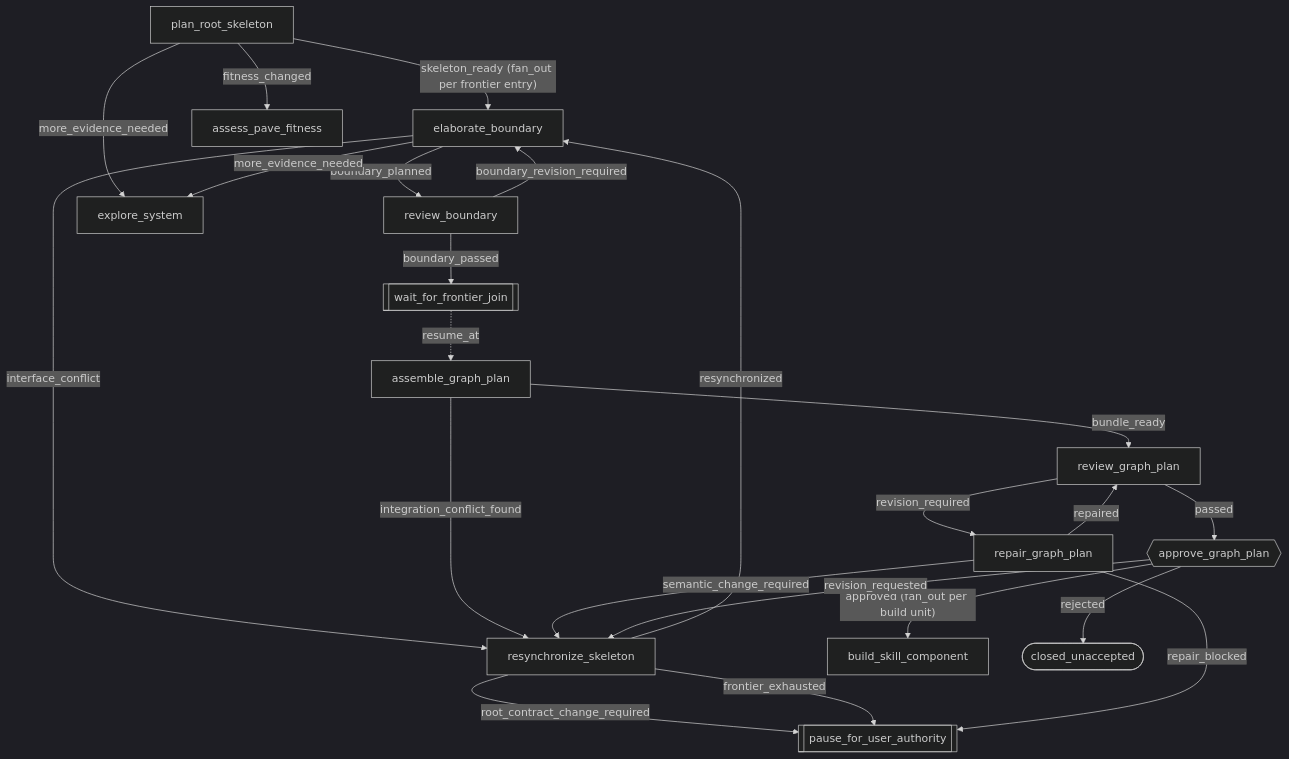
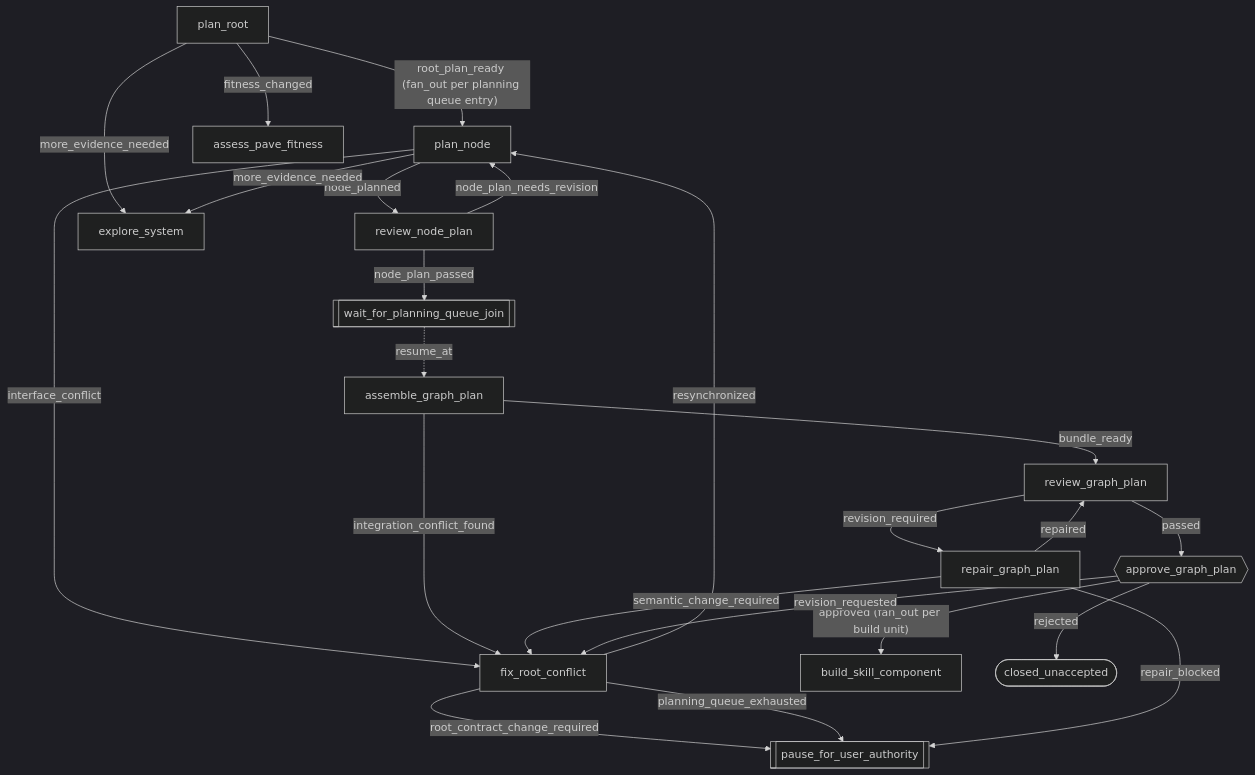
Before and after one commit to jinhuang12/pave: the third of 5 diagrams in skills/pave-init/README.md, drawn with Mermaid (dark theme). The commit also changed other lines of this file and 138 other files, not shown here.

````diff
--- a/skills/pave-init/README.md
+++ b/skills/pave-init/README.md
@@ -155,40 +155,40 @@
 ```mermaid
 flowchart TD
-  plan_root_skeleton[plan_root_skeleton]
-  elaborate_boundary[elaborate_boundary]
-  review_boundary[review_boundary]
-  resynchronize_skeleton[resynchronize_skeleton]
+  plan_root[plan_root]
+  plan_node[plan_node]
+  review_node_plan[review_node_plan]
+  fix_root_conflict[fix_root_conflict]
   assemble_graph_plan[assemble_graph_plan]
   review_graph_plan[review_graph_plan]
   repair_graph_plan[repair_graph_plan]
   approve_graph_plan{{approve_graph_plan}}
   explore_system[explore_system]
   assess_pave_fitness[assess_pave_fitness]
   build_skill_component[build_skill_component]
-  wait_for_frontier_join[[wait_for_frontier_join]]
+  wait_for_planning_queue_join[[wait_for_planning_queue_join]]
   pause_for_user_authority[[pause_for_user_authority]]
   closed_unaccepted([closed_unaccepted])
 
-  plan_root_skeleton -->|"skeleton_ready (fan_out per frontier entry)"| elaborate_boundary
-  plan_root_skeleton -->|more_evidence_needed| explore_system
-  plan_root_skeleton -->|fitness_changed| assess_pave_fitness
-  elaborate_boundary -->|boundary_planned| review_boundary
-  elaborate_boundary -->|interface_conflict| resynchronize_skeleton
-  elaborate_boundary -->|more_evidence_needed| explore_system
-  review_boundary -->|boundary_passed| wait_for_frontier_join
-  review_boundary -->|boundary_revision_required| elaborate_boundary
-  resynchronize_skeleton -->|resynchronized| elaborate_boundary
-  resynchronize_skeleton -->|root_contract_change_required| pause_for_user_authority
-  resynchronize_skeleton -->|frontier_exhausted| pause_for_user_authority
+  plan_root -->|"root_plan_ready (fan_out per planning queue entry)"| plan_node
+  plan_root -->|more_evidence_needed| explore_system
+  plan_root -->|fitness_changed| assess_pave_fitness
+  plan_node -->|node_planned| review_node_plan
+  plan_node -->|interface_conflict| fix_root_conflict
+  plan_node -->|more_evidence_needed| explore_system
+  review_node_plan -->|node_plan_passed| wait_for_planning_queue_join
+  review_node_plan -->|node_plan_needs_revision| plan_node
+  fix_root_conflict -->|resynchronized| plan_node
+  fix_root_conflict -->|root_contract_change_required| pause_for_user_authority
+  fix_root_conflict -->|planning_queue_exhausted| pause_for_user_authority
   assemble_graph_plan -->|bundle_ready| review_graph_plan
-  assemble_graph_plan -->|integration_conflict_found| resynchronize_skeleton
+  assemble_graph_plan -->|integration_conflict_found| fix_root_conflict
   review_graph_plan -->|passed| approve_graph_plan
   review_graph_plan -->|revision_required| repair_graph_plan
   repair_graph_plan -->|repaired| review_graph_plan
-  repair_graph_plan -->|semantic_change_required| resynchronize_skeleton
+  repair_graph_plan -->|semantic_change_required| fix_root_conflict
   repair_graph_plan -->|repair_blocked| pause_for_user_authority
   approve_graph_plan -->|"approved (fan_out per build unit)"| build_skill_component
-  approve_graph_plan -->|revision_requested| resynchronize_skeleton
+  approve_graph_plan -->|revision_requested| fix_root_conflict
   approve_graph_plan -->|rejected| closed_unaccepted
-  wait_for_frontier_join -.->|resume_at| assemble_graph_plan
+  wait_for_planning_queue_join -.->|resume_at| assemble_graph_plan
 ```
````
